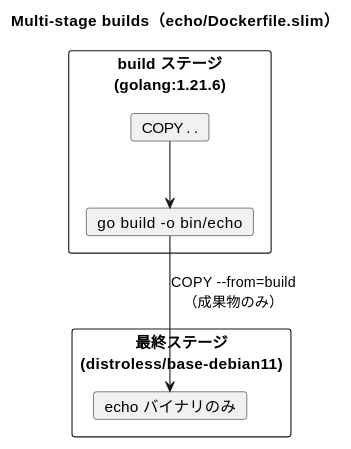
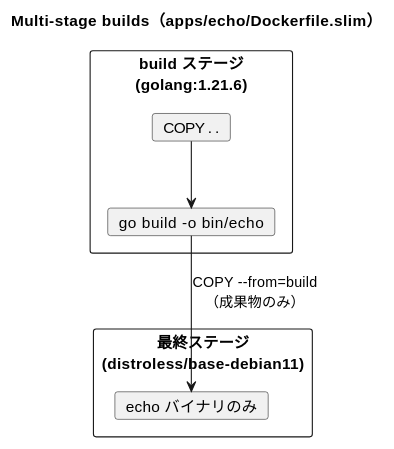
The second of 3 diagrams in docs/article/getting-start-docker-kubernetes/10-optimal-container-image.md (k2works/getting-started-docker-kubernetes), drawn with PlantUML before and after one commit. The commit also changed other lines of this file and 14 other files, not shown here.

````diff
--- a/docs/article/getting-start-docker-kubernetes/10-optimal-container-image.md
+++ b/docs/article/getting-start-docker-kubernetes/10-optimal-container-image.md
@@ -277,17 +277,17 @@
 ```plantuml
 @startuml
-title Multi-stage builds（echo/Dockerfile.slim）
+title Multi-stage builds（apps/echo/Dockerfile.slim）
 
 rectangle "build ステージ\n(golang:1.21.6)" as B {
   card "COPY . ." as src
   card "go build -o bin/echo" as build
 }
 
 rectangle "最終ステージ\n(distroless/base-debian11)" as F {
   card "echo バイナリのみ" as bin
 }
 
 src --> build
 build --> bin : COPY --from=build\n（成果物のみ）
 @enduml
 ```
````
